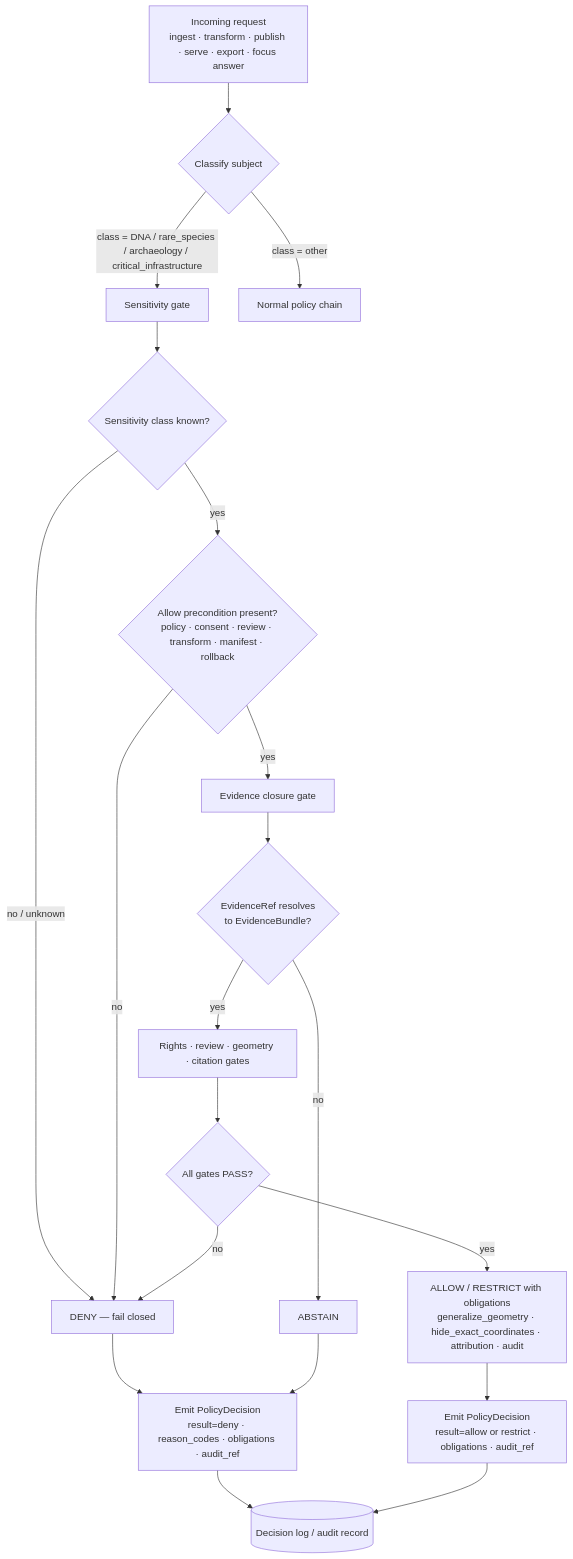
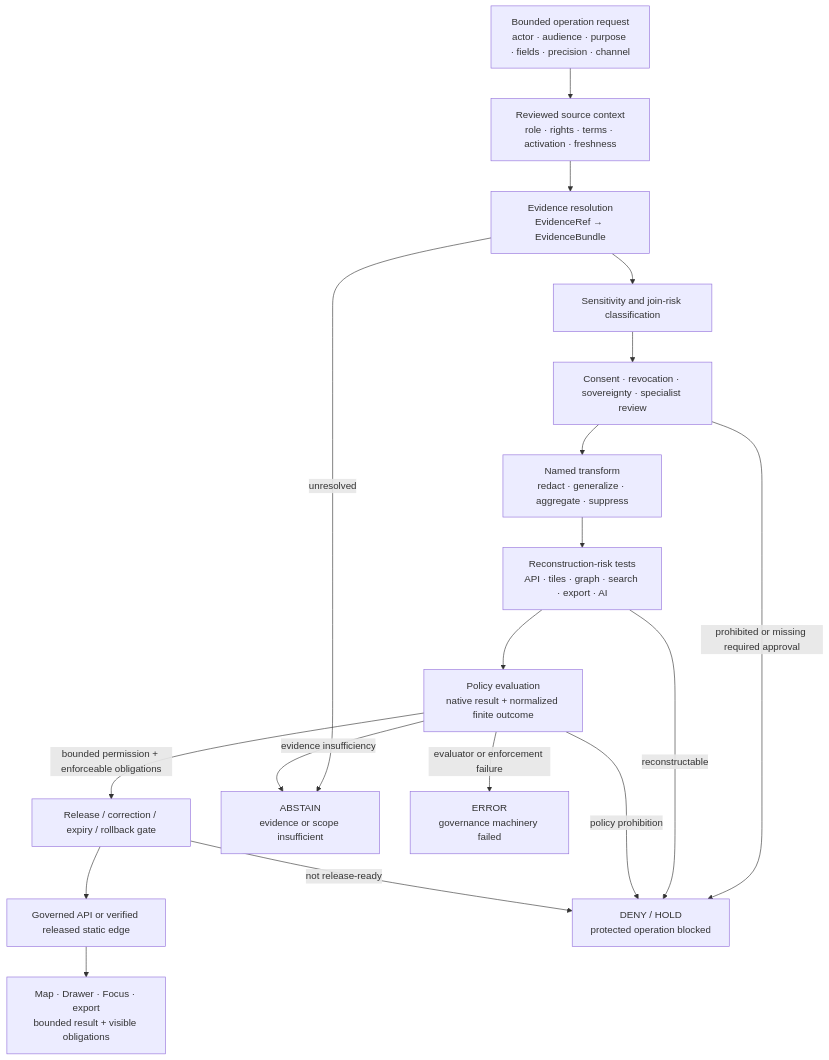
Before and after one commit to bartytime4life/Kansas-Frontier-Matrix: the diagram in docs/adr/ADR-0010-deny-by-default-for-dna-rare-species-archaeology-infrastructure.md, drawn with Mermaid. The commit also changed other lines of this file, not shown here.

Commit message:
docs(adr): modernize ADR-0010 sensitive default-deny decision

````diff
--- a/docs/adr/ADR-0010-deny-by-default-for-dna-rare-species-archaeology-infrastructure.md
+++ b/docs/adr/ADR-0010-deny-by-default-for-dna-rare-species-archaeology-infrastructure.md
@@ -234,25 +367,32 @@
 ```mermaid
-flowchart TD
-    A[Incoming request<br/>ingest · transform · publish · serve · export · focus answer] --> B{Classify subject}
-    B -->|class = DNA / rare_species / archaeology / critical_infrastructure| C[Sensitivity gate]
-    B -->|class = other| Z[Normal policy chain]
+flowchart TB
+    REQ["Bounded operation request<br/>actor · audience · purpose · fields · precision · channel"]
+    SRC["Reviewed source context<br/>role · rights · terms · activation · freshness"]
+    EVD["Evidence resolution<br/>EvidenceRef → EvidenceBundle"]
+    CLS["Sensitivity and join-risk classification"]
+    CONS["Consent · revocation · sovereignty · specialist review"]
+    XFORM["Named transform<br/>redact · generalize · aggregate · suppress"]
+    LEAK["Reconstruction-risk tests<br/>API · tiles · graph · search · export · AI"]
+    POL["Policy evaluation<br/>native result + normalized finite outcome"]
+    REL["Release / correction / expiry / rollback gate"]
+    API["Governed API or verified released static edge"]
+    UI["Map · Drawer · Focus · export<br/>bounded result + visible obligations"]
+    DENY["DENY / HOLD<br/>protected operation blocked"]
+    ABSTAIN["ABSTAIN<br/>evidence or scope insufficient"]
+    ERROR["ERROR<br/>governance machinery failed"]
 
-    C --> D{Sensitivity class known?}
-    D -->|no / unknown| K[DENY — fail closed]
-    D -->|yes| E{Allow precondition present?<br/>policy · consent · review · transform · manifest · rollback}
-
-    E -->|no| K
-    E -->|yes| F[Evidence closure gate]
-    F --> G{EvidenceRef resolves<br/>to EvidenceBundle?}
-    G -->|no| L[ABSTAIN]
-    G -->|yes| H[Rights · review · geometry · citation gates]
-    H --> I{All gates PASS?}
-    I -->|no| K
-    I -->|yes| J[ALLOW / RESTRICT with obligations<br/>generalize_geometry · hide_exact_coordinates · attribution · audit]
-
-    K --> M[Emit PolicyDecision<br/>result=deny · reason_codes · obligations · audit_ref]
-    L --> M
-    J --> N[Emit PolicyDecision<br/>result=allow or restrict · obligations · audit_ref]
-    M --> O[(Decision log / audit record)]
-    N --> O
+    REQ --> SRC --> EVD
+    EVD -->|unresolved| ABSTAIN
+    EVD --> CLS --> CONS
+    CONS -->|prohibited or missing required approval| DENY
+    CONS --> XFORM
+    XFORM --> LEAK
+    LEAK -->|reconstructable| DENY
+    LEAK --> POL
+    POL -->|policy prohibition| DENY
+    POL -->|evidence insufficiency| ABSTAIN
+    POL -->|evaluator or enforcement failure| ERROR
+    POL -->|bounded permission + enforceable obligations| REL
+    REL -->|not release-ready| DENY
+    REL --> API --> UI
 ```
````
